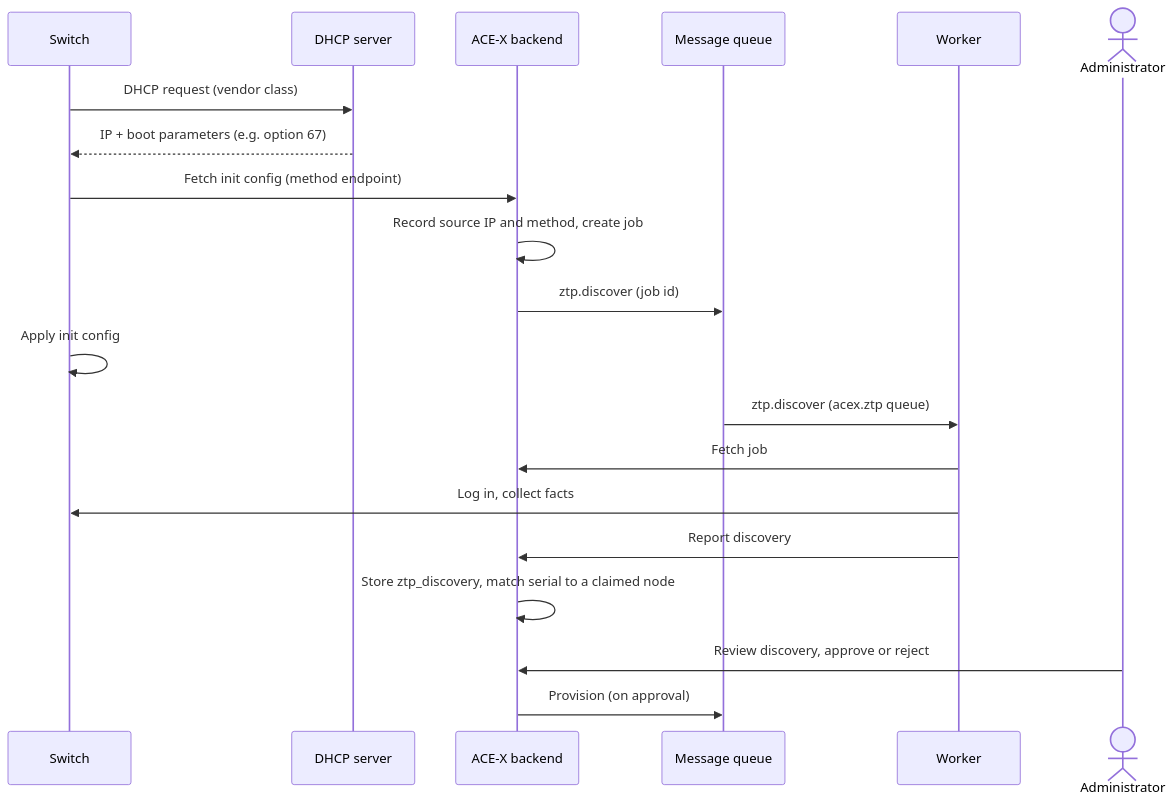
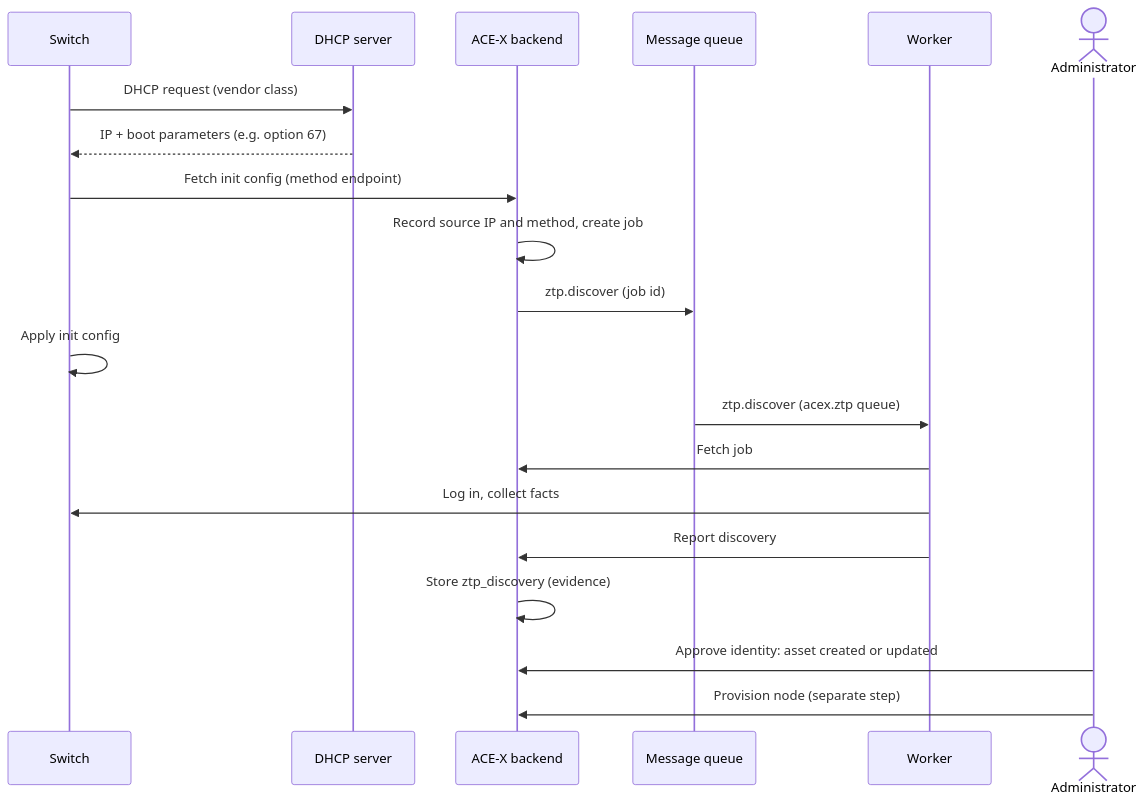
Before and after one commit to acex-labs/acex: the diagram in docs/ztp/main.md, drawn with Mermaid. The commit also changed other lines of this file and 22 other files, not shown here.

````diff
--- a/docs/ztp/main.md
+++ b/docs/ztp/main.md
@@ -9,23 +9,23 @@
 ```mermaid
 sequenceDiagram
     participant SW as Switch
     participant DHCP as DHCP server
     participant BE as ACE-X backend
     participant MQ as Message queue
     participant WK as Worker
     actor AD as Administrator
 
     SW->>DHCP: DHCP request (vendor class)
     DHCP-->>SW: IP + boot parameters (e.g. option 67)
     SW->>BE: Fetch init config (method endpoint)
     BE->>BE: Record source IP and method, create job
     BE->>MQ: ztp.discover (job id)
     SW->>SW: Apply init config
     MQ->>WK: ztp.discover (acex.ztp queue)
     WK->>BE: Fetch job
     WK->>SW: Log in, collect facts
     WK->>BE: Report discovery
-    BE->>BE: Store ztp_discovery, match serial to a claimed node
-    AD->>BE: Review discovery, approve or reject
-    BE->>MQ: Provision (on approval)
+    BE->>BE: Store ztp_discovery (evidence)
+    AD->>BE: Approve identity: asset created or updated
+    AD->>BE: Provision node (separate step)
 ```
````
